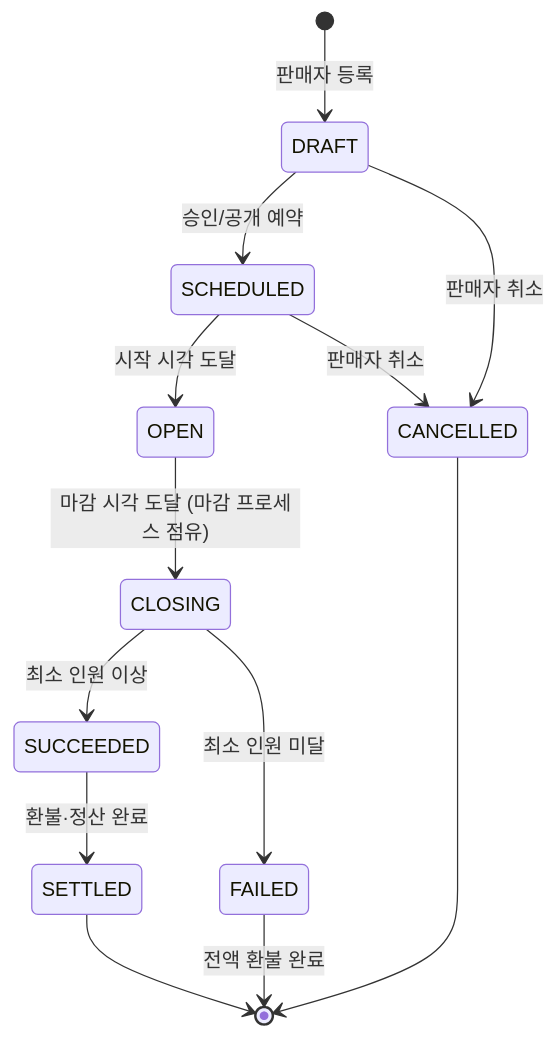
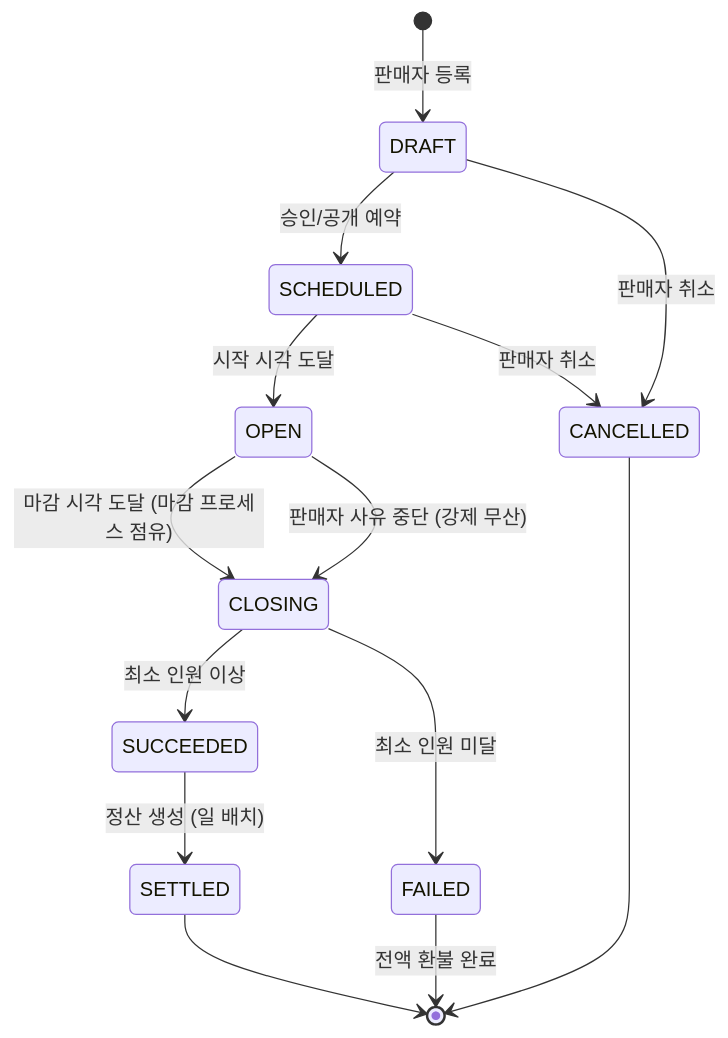
One commit to Jeong-Hyun-Su/groupbuy changed the first of 9 diagrams in docs/design/공동구매_플랫폼_설계서.md. Above: the diagram before and after it, drawn with Mermaid. The commit also changed other lines of this file and 30 other files, not shown here.

````diff
--- a/docs/design/공동구매_플랫폼_설계서.md
+++ b/docs/design/공동구매_플랫폼_설계서.md
@@ -122,15 +122,16 @@
 ```mermaid
 stateDiagram-v2
     [*] --> DRAFT : 판매자 등록
     DRAFT --> SCHEDULED : 승인/공개 예약
     DRAFT --> CANCELLED : 판매자 취소
     SCHEDULED --> OPEN : 시작 시각 도달
     SCHEDULED --> CANCELLED : 판매자 취소
     OPEN --> CLOSING : 마감 시각 도달 (마감 프로세스 점유)
     CLOSING --> SUCCEEDED : 최소 인원 이상
     CLOSING --> FAILED : 최소 인원 미달
-    SUCCEEDED --> SETTLED : 환불·정산 완료
+    OPEN --> CLOSING : 판매자 사유 중단 (강제 무산)
+    SUCCEEDED --> SETTLED : 정산 생성 (일 배치)
     FAILED --> [*] : 전액 환불 완료
     SETTLED --> [*]
     CANCELLED --> [*]
 ```
````
